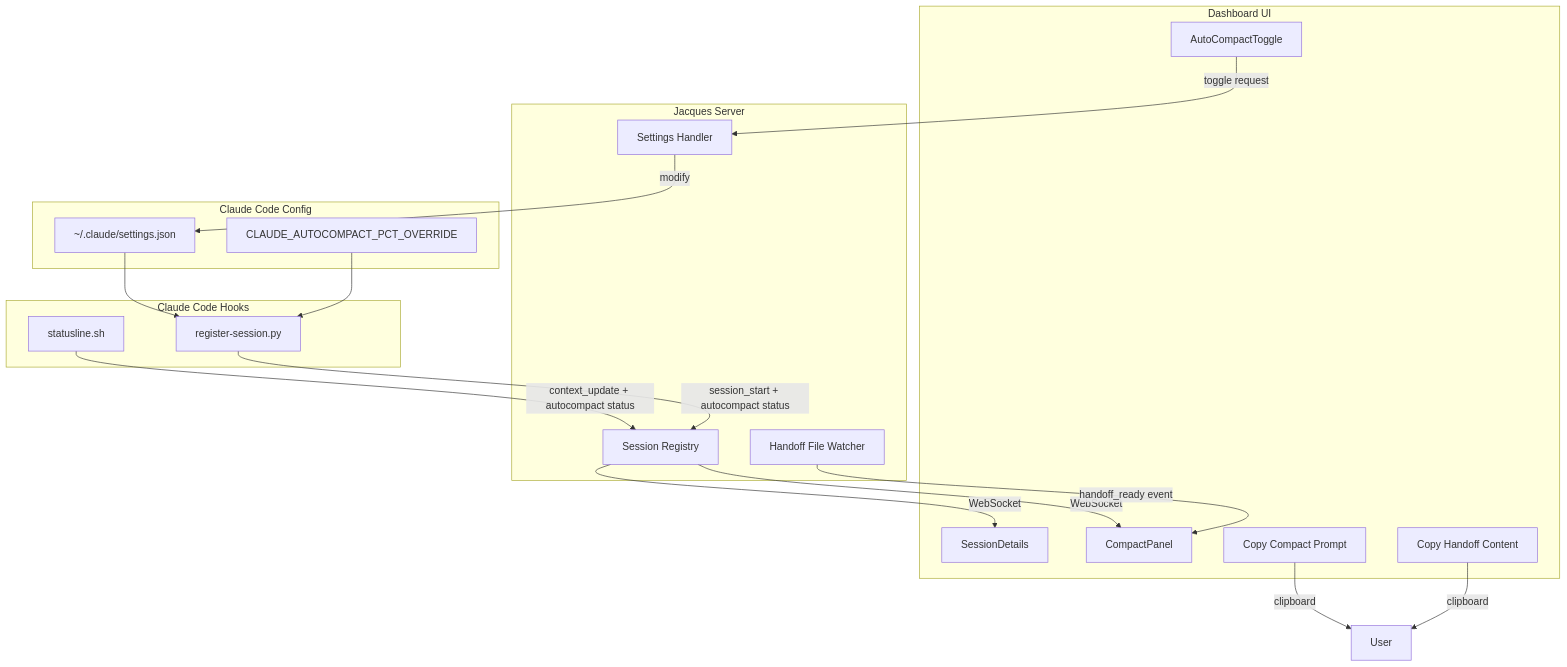
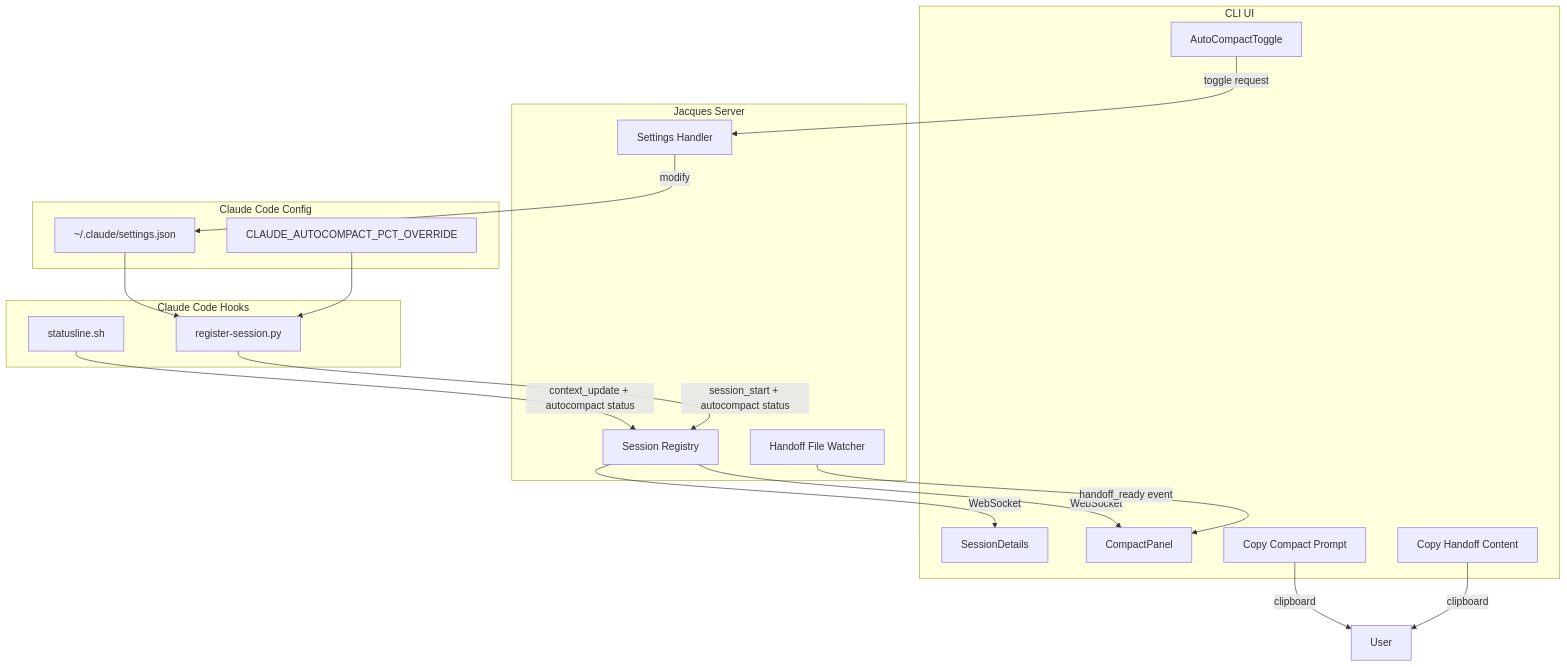
The diagram in docs/manual-compact-workflow-plan.md (gregory-lime/jacques), drawn with Mermaid before and after one commit. The commit also changed other lines of this file and 156 other files, not shown here.

First line of the commit message:
Refactor dashboard into CLI package with 6-phase decomposition

````diff
--- a/docs/manual-compact-workflow-plan.md
+++ b/docs/manual-compact-workflow-plan.md
@@ -89,41 +89,41 @@
 ```mermaid
 flowchart TB
-    subgraph Dashboard [Dashboard UI]
+    subgraph CLI [CLI UI]
         SD[SessionDetails]
         CP[CompactPanel]
         Toggle[AutoCompactToggle]
         CopyPrompt[Copy Compact Prompt]
         CopyHandoff[Copy Handoff Content]
     end
 
     subgraph Server [Jacques Server]
         Registry[Session Registry]
         FileWatcher[Handoff File Watcher]
         SettingsHandler[Settings Handler]
     end
 
     subgraph Hooks [Claude Code Hooks]
         StatusLine[statusline.sh]
         SessionStart[register-session.py]
     end
 
     subgraph ClaudeSettings [Claude Code Config]
         SettingsJSON["~/.claude/settings.json"]
         EnvVar["CLAUDE_AUTOCOMPACT_PCT_OVERRIDE"]
     end
 
     StatusLine -->|context_update + autocompact status| Registry
     SessionStart -->|session_start + autocompact status| Registry
     SettingsJSON --> SessionStart
     EnvVar --> SessionStart
 
     Registry -->|WebSocket| SD
     Registry -->|WebSocket| CP
     FileWatcher -->|handoff_ready event| CP
 
     Toggle -->|toggle request| SettingsHandler
     SettingsHandler -->|modify| SettingsJSON
 
     CopyPrompt -->|clipboard| User
     CopyHandoff -->|clipboard| User
 ```
````
